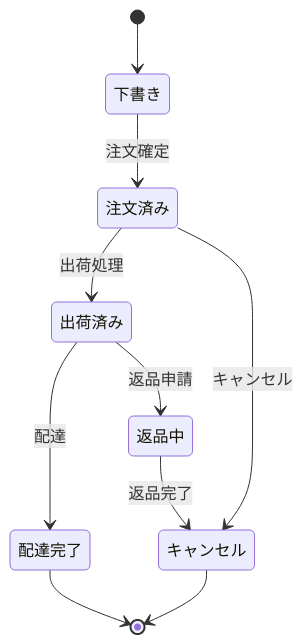
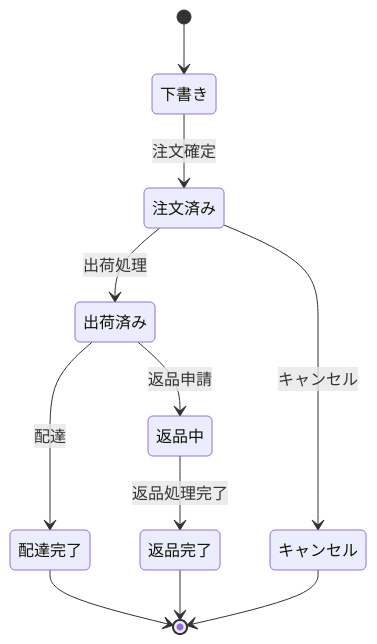
The sixth of 10 diagrams in Iso-29119-4-test-techniques-guide.md (myoshi2891/Quality-Assurance-Studies), drawn with Mermaid before and after one commit. The commit also changed other lines of this file, not shown here.

Commit message:
docs(iso-29119-4): complete BNF day syntax, update state transition diagram, and note ISO 25010 2023 edition

````diff
--- a/Iso-29119-4-test-techniques-guide.md
+++ b/Iso-29119-4-test-techniques-guide.md
@@ -363,12 +366,13 @@
 ```mermaid
 stateDiagram-v2
     [*] --> 下書き
     下書き --> 注文済み: 注文確定
     注文済み --> 出荷済み: 出荷処理
     注文済み --> キャンセル: キャンセル
     出荷済み --> 配達完了: 配達
     出荷済み --> 返品中: 返品申請
-    返品中 --> キャンセル: 返品完了
+    返品中 --> 返品完了: 返品処理完了
     配達完了 --> [*]
+    返品完了 --> [*]
     キャンセル --> [*]
 ```
````
